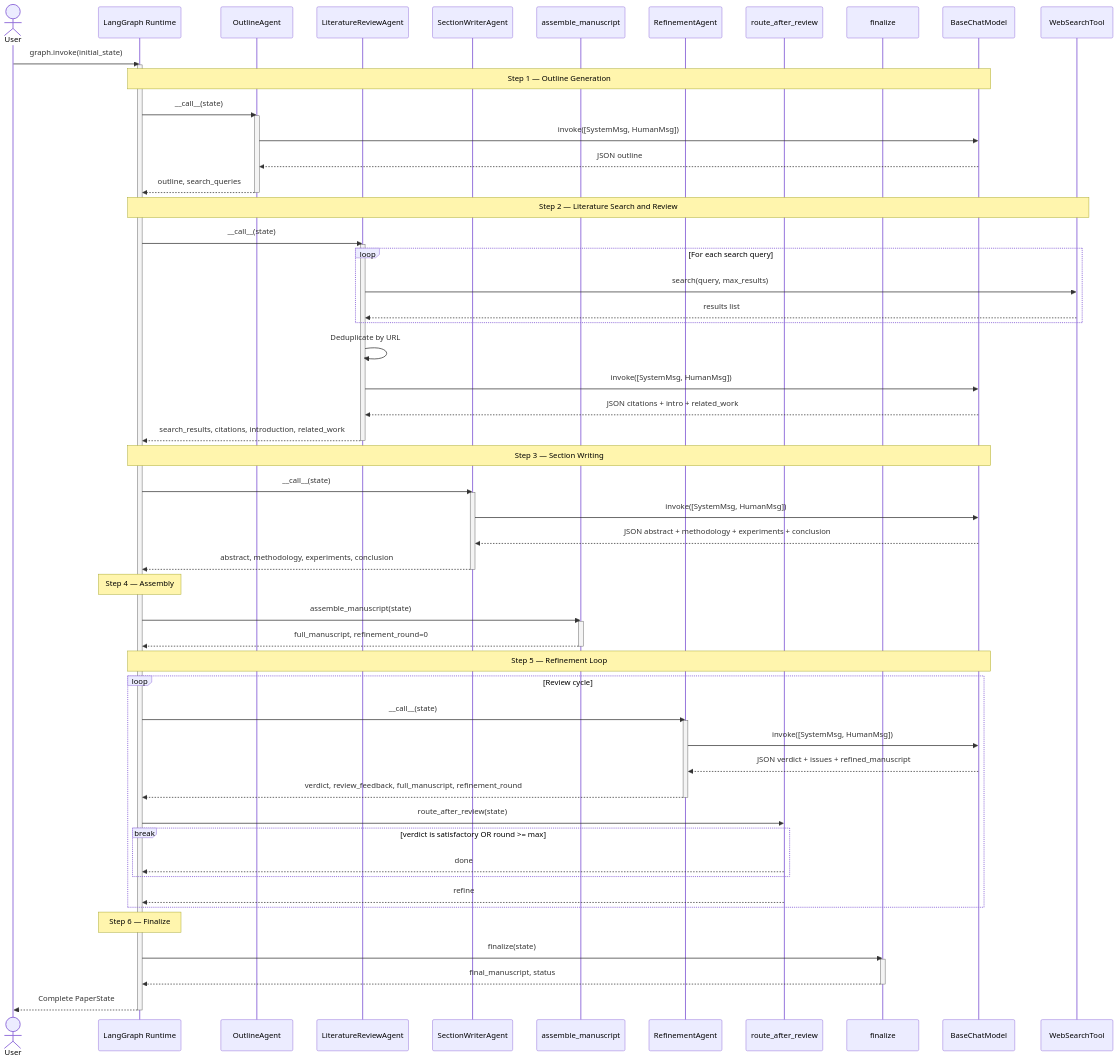
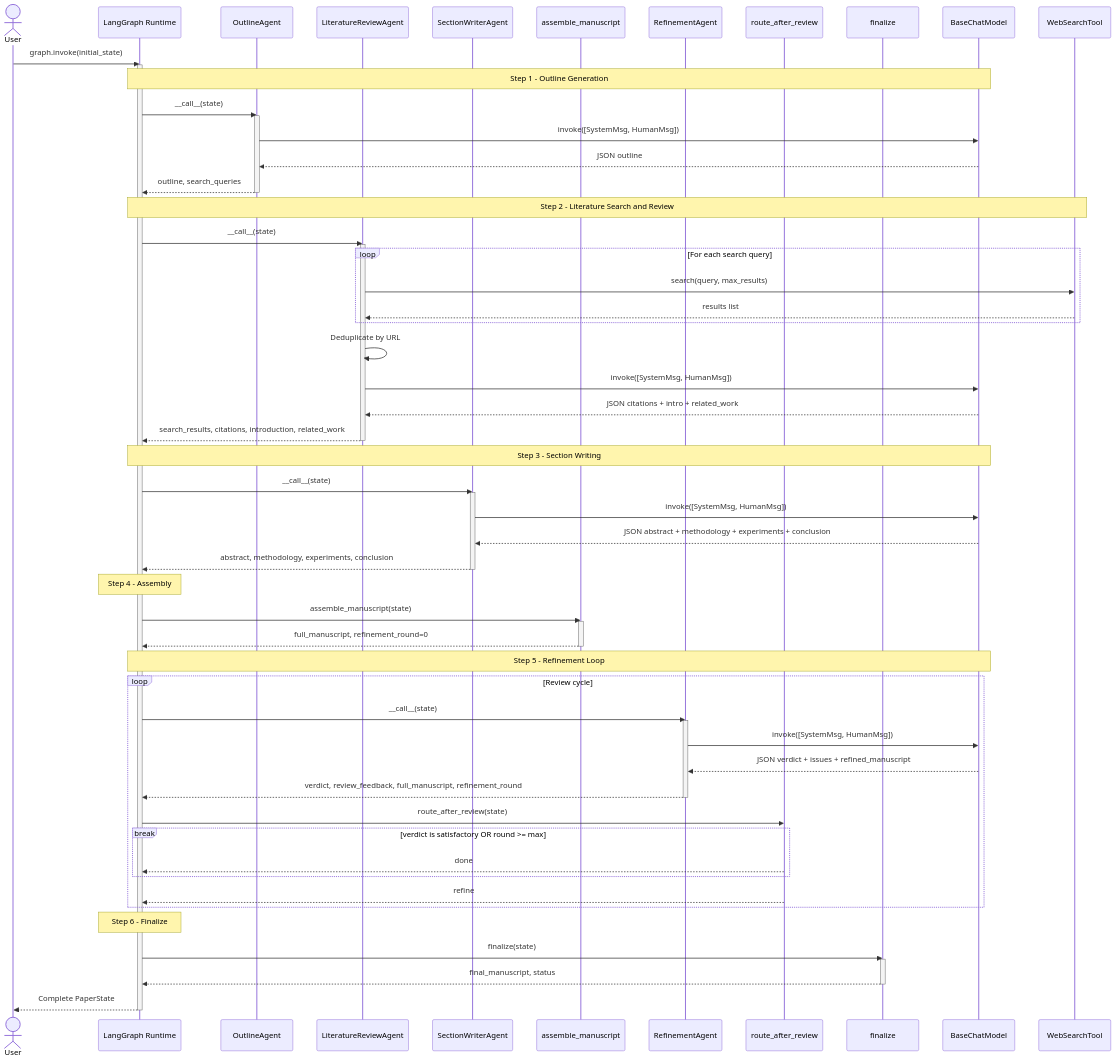
The ninth of 14 diagrams in notebooks/research_paper_creation/docs/research_paper_agentic_workflow_diagrams.md (dimitarpg13/agentic_architectures_and_design_patterns), drawn with Mermaid before and after one commit. The commit also changed other lines of this file, not shown here.

Commit message:
fix mermaid rendering errors in markdown

````diff
--- a/notebooks/research_paper_creation/docs/research_paper_agentic_workflow_diagrams.md
+++ b/notebooks/research_paper_creation/docs/research_paper_agentic_workflow_diagrams.md
@@ -535,76 +504,76 @@
 ```mermaid
 sequenceDiagram
     actor U as User
     participant LG as LangGraph Runtime
     participant OA as OutlineAgent
     participant LRA as LiteratureReviewAgent
     participant SWA as SectionWriterAgent
     participant ASM as assemble_manuscript
     participant RA as RefinementAgent
     participant RT as route_after_review
     participant FN as finalize
     participant LLM as BaseChatModel
     participant ST as WebSearchTool
 
     U->>LG: graph.invoke(initial_state)
     activate LG
 
-    Note over LG,LLM: Step 1 — Outline Generation
+    Note over LG,LLM: Step 1 - Outline Generation
     LG->>OA: __call__(state)
     activate OA
     OA->>LLM: invoke([SystemMsg, HumanMsg])
     LLM-->>OA: JSON outline
     OA-->>LG: outline, search_queries
     deactivate OA
 
-    Note over LG,ST: Step 2 — Literature Search and Review
+    Note over LG,ST: Step 2 - Literature Search and Review
     LG->>LRA: __call__(state)
     activate LRA
     loop For each search query
         LRA->>ST: search(query, max_results)
         ST-->>LRA: results list
     end
     LRA->>LRA: Deduplicate by URL
     LRA->>LLM: invoke([SystemMsg, HumanMsg])
     LLM-->>LRA: JSON citations + intro + related_work
     LRA-->>LG: search_results, citations, introduction, related_work
     deactivate LRA
 
-    Note over LG,LLM: Step 3 — Section Writing
+    Note over LG,LLM: Step 3 - Section Writing
     LG->>SWA: __call__(state)
     activate SWA
     SWA->>LLM: invoke([SystemMsg, HumanMsg])
     LLM-->>SWA: JSON abstract + methodology + experiments + conclusion
     SWA-->>LG: abstract, methodology, experiments, conclusion
     deactivate SWA
 
-    Note over LG: Step 4 — Assembly
+    Note over LG: Step 4 - Assembly
     LG->>ASM: assemble_manuscript(state)
     activate ASM
     ASM-->>LG: full_manuscript, refinement_round=0
     deactivate ASM
 
-    Note over LG,LLM: Step 5 — Refinement Loop
+    Note over LG,LLM: Step 5 - Refinement Loop
     loop Review cycle
         LG->>RA: __call__(state)
         activate RA
         RA->>LLM: invoke([SystemMsg, HumanMsg])
         LLM-->>RA: JSON verdict + issues + refined_manuscript
         RA-->>LG: verdict, review_feedback, full_manuscript, refinement_round
         deactivate RA
         LG->>RT: route_after_review(state)
         break verdict is satisfactory OR round >= max
             RT-->>LG: done
         end
         RT-->>LG: refine
     end
 
-    Note over LG: Step 6 — Finalize
+    Note over LG: Step 6 - Finalize
     LG->>FN: finalize(state)
     activate FN
     FN-->>LG: final_manuscript, status
     deactivate FN
 
     LG-->>U: Complete PaperState
     deactivate LG
 ```
````
